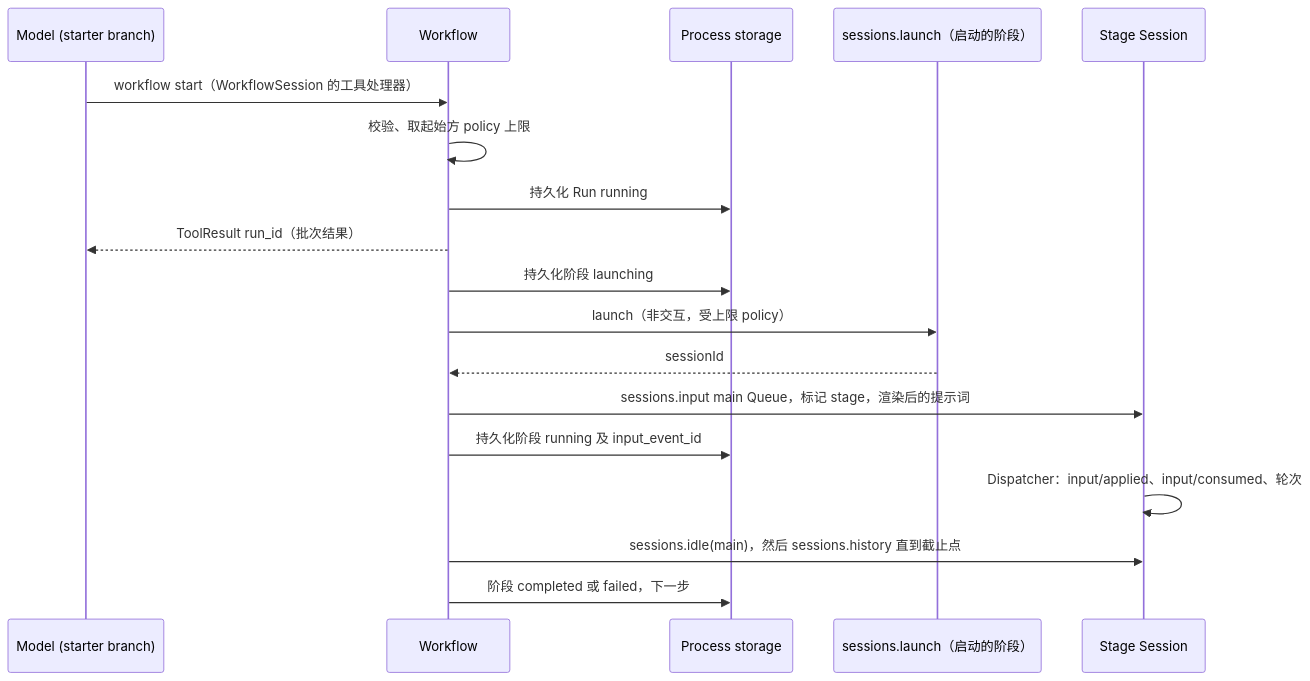
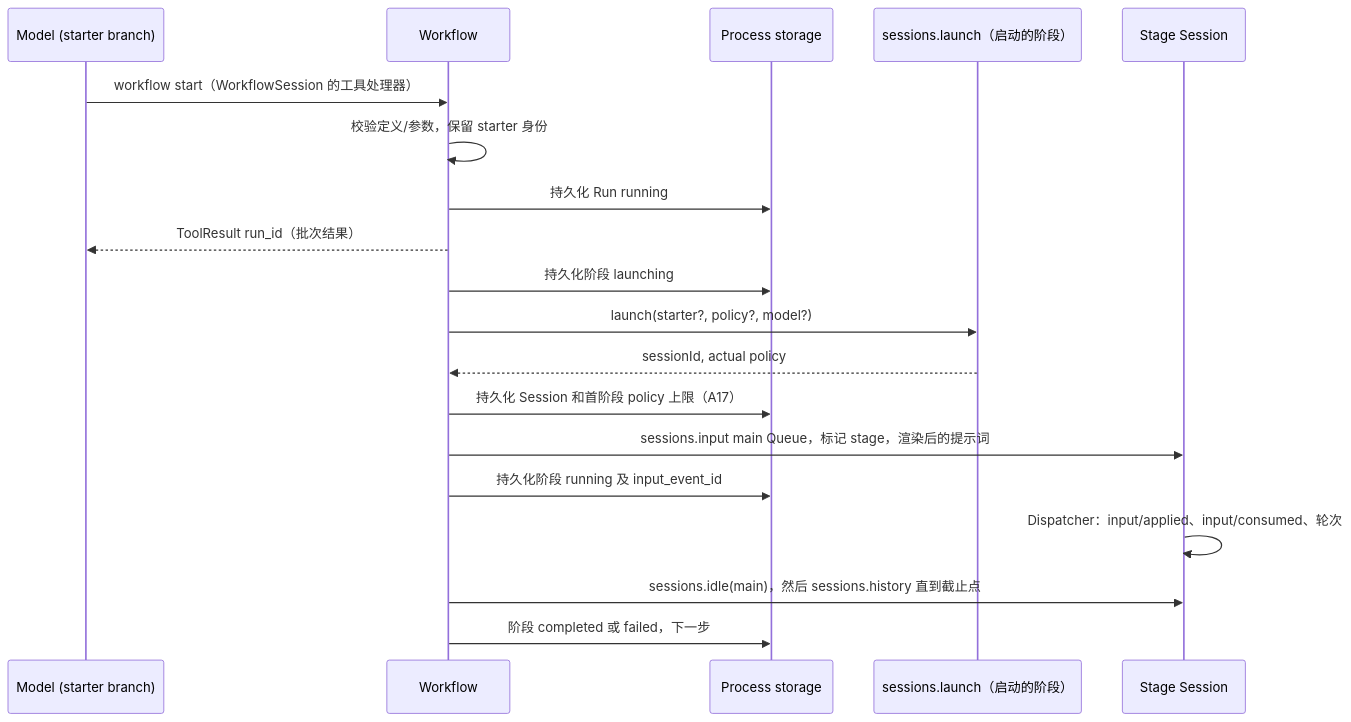
The third of 6 diagrams in docs/zh/design/plugins/Workflow.md (CoutinhoTTS/dim-agent), drawn with Mermaid before and after one commit. The commit also changed other lines of this file and 1 other file, not shown here.

````diff
--- a/docs/zh/design/plugins/Workflow.md
+++ b/docs/zh/design/plugins/Workflow.md
@@ -98,20 +112,21 @@
 ```mermaid
 sequenceDiagram
   participant M as Model (starter branch)
   participant WF as Workflow
   participant ST as Process storage
   participant AG as sessions.launch（启动的阶段）
   participant SS as Stage Session
   M->>WF: workflow start（WorkflowSession 的工具处理器）
-  WF->>WF: 校验、取起始方 policy 上限
+  WF->>WF: 校验定义/参数，保留 starter 身份
   WF->>ST: 持久化 Run running
   WF-->>M: ToolResult run_id（批次结果）
   WF->>ST: 持久化阶段 launching
-  WF->>AG: launch（非交互，受上限 policy）
-  AG-->>WF: sessionId
+  WF->>AG: launch(starter?, policy?, model?)
+  AG-->>WF: sessionId, actual policy
+  WF->>ST: 持久化 Session 和首阶段 policy 上限（A17）
   WF->>SS: sessions.input main Queue，标记 stage，渲染后的提示词
   WF->>ST: 持久化阶段 running 及 input_event_id
   SS->>SS: Dispatcher：input/applied、input/consumed、轮次
   WF->>SS: sessions.idle(main)，然后 sessions.history 直到截止点
   WF->>ST: 阶段 completed 或 failed，下一步
 ```
````
